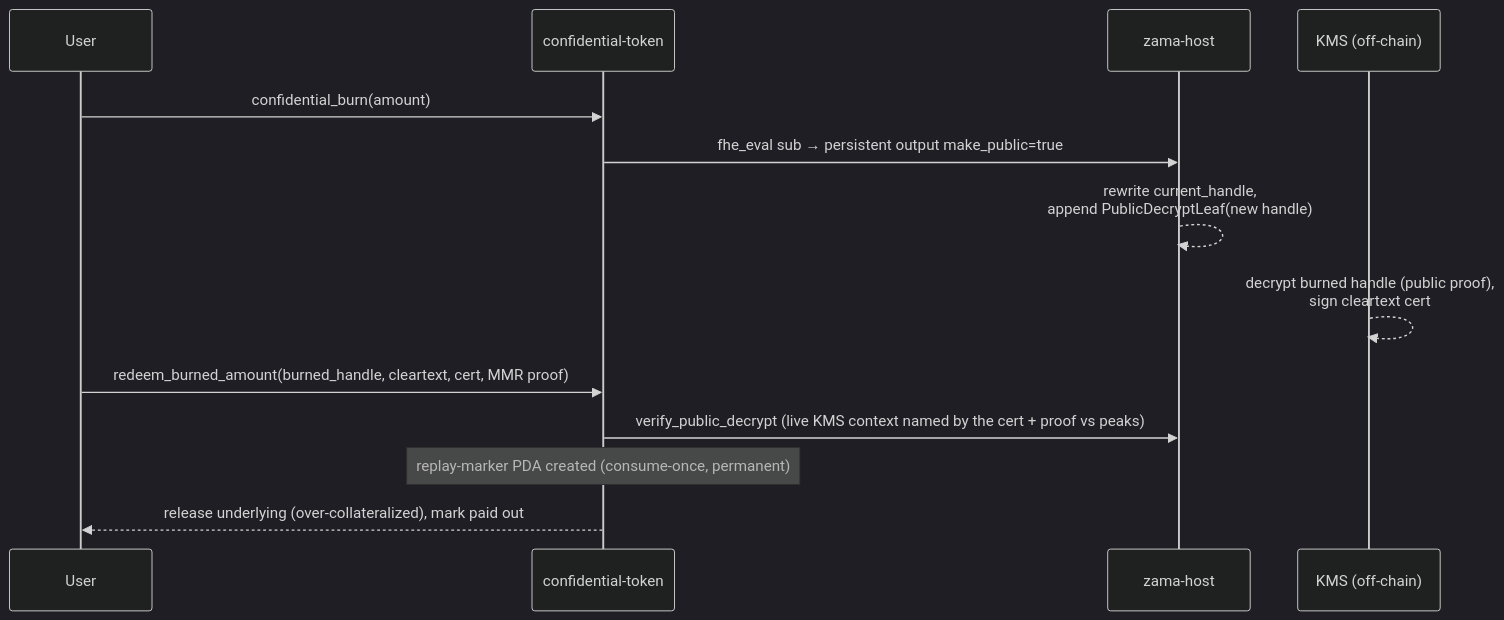
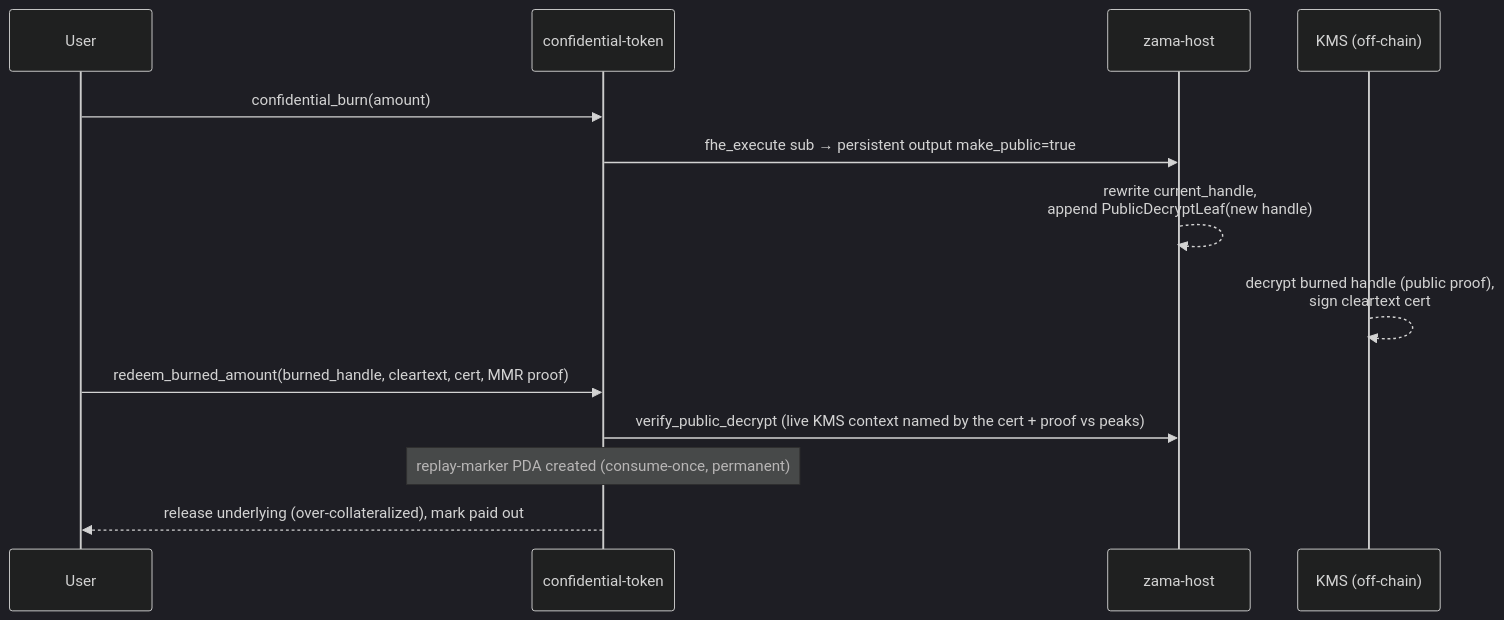
Before and after one commit to zama-ai/fhevm: the fifth of 6 diagrams in solana/docs/MMR_ACL_MVP.md, drawn with Mermaid (dark theme). The commit also changed other lines of this file and 78 other files, not shown here.

First line of the commit message:
refactor(solana)!: rename fhe_eval to fhe_execute and the SDK plan surface to Batch (fhevm-internal#1859 §2)

````diff
--- a/solana/docs/MMR_ACL_MVP.md
+++ b/solana/docs/MMR_ACL_MVP.md
@@ -155,15 +155,15 @@
 ```mermaid
 sequenceDiagram
     participant U as User
     participant CT as confidential-token
     participant ZH as zama-host
     participant KMS as KMS (off-chain)
     U->>CT: confidential_burn(amount)
-    CT->>ZH: fhe_eval sub → persistent output make_public=true
+    CT->>ZH: fhe_execute sub → persistent output make_public=true
     ZH-->>ZH: rewrite current_handle,<br/>append PublicDecryptLeaf(new handle)
     KMS-->>KMS: decrypt burned handle (public proof),<br/>sign cleartext cert
     U->>CT: redeem_burned_amount(burned_handle, cleartext, cert, MMR proof)
     CT->>ZH: verify_public_decrypt (live KMS context named by the cert + proof vs peaks)
     Note over CT: replay-marker PDA created (consume-once, permanent)
     CT-->>U: release underlying (over-collateralized), mark paid out
 ```
````
